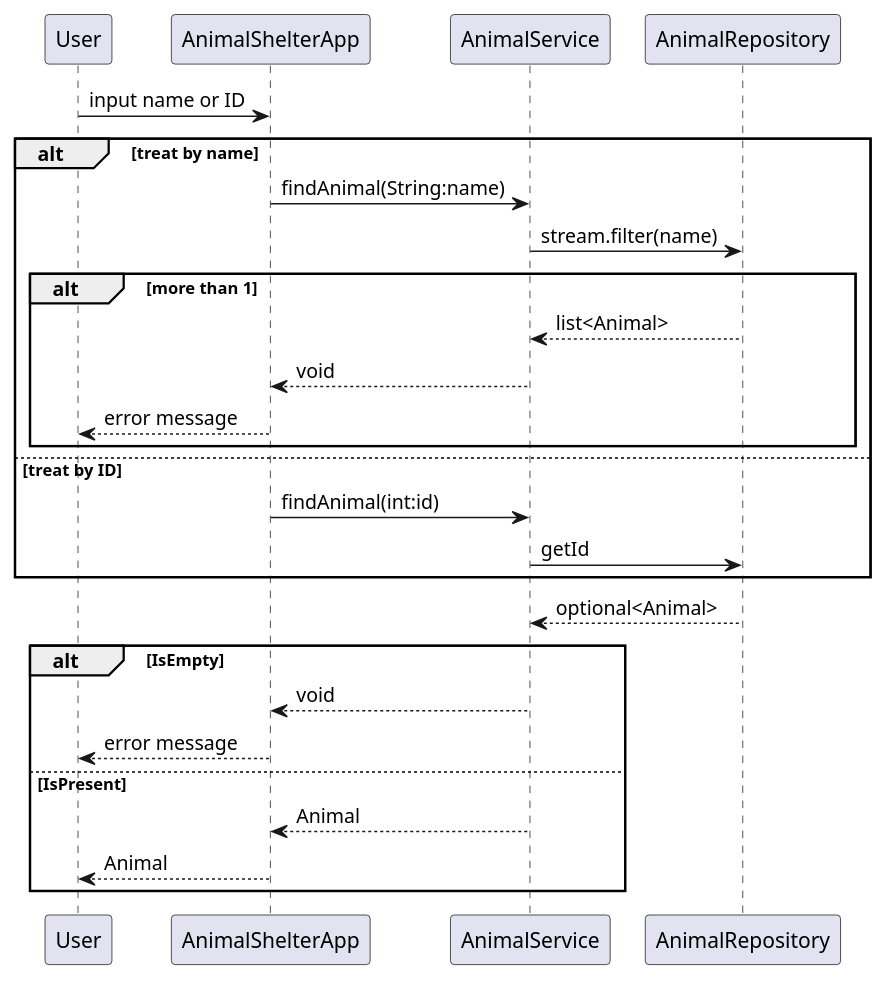
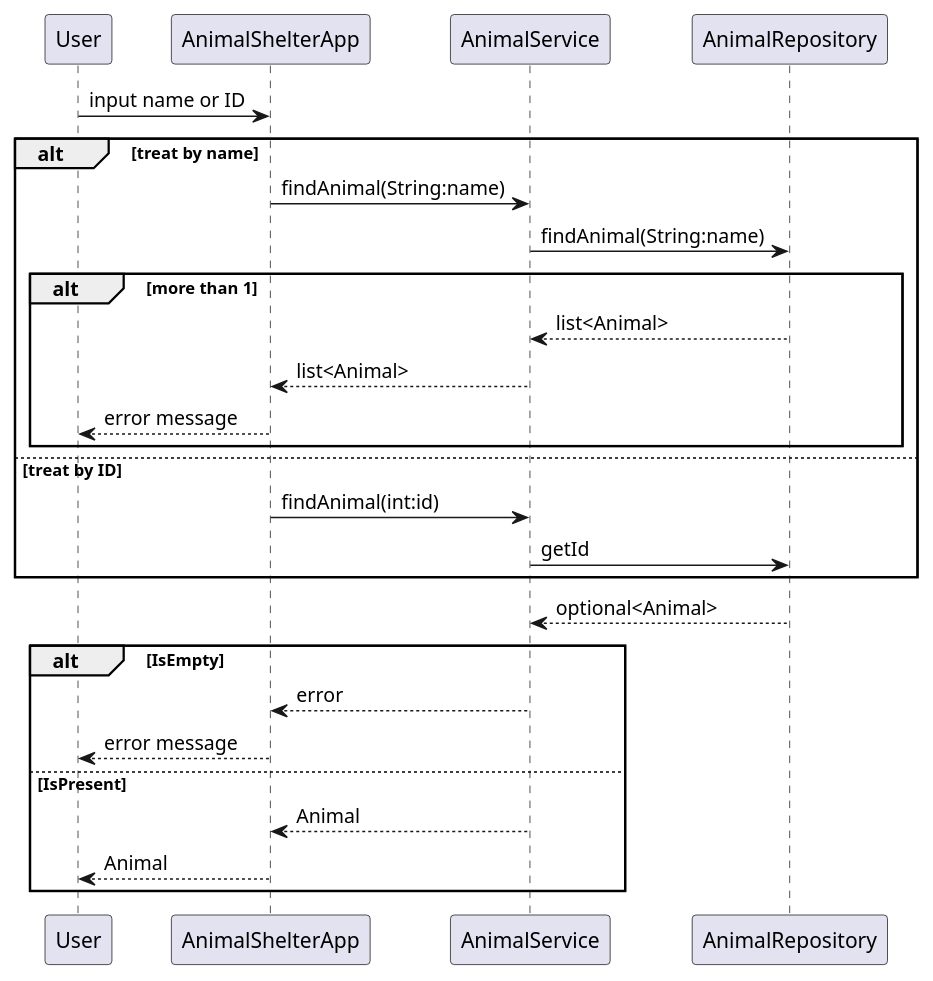
One commit to Hanagami3/Vaccination-Maxime changed the diagram in analysis/findAnimal/sequence_findAnimal.puml. Above: the diagram before and after it, drawn with PlantUML. The commit also changed 24 other files, not shown here.

```diff
--- a/analysis/findAnimal/sequence_findAnimal.puml
+++ b/analysis/findAnimal/sequence_findAnimal.puml
@@ -1,29 +1,29 @@
 @startuml
 
 User -> AnimalShelterApp : input name or ID
 
 alt treat by name
 AnimalShelterApp -> AnimalService : findAnimal(String:name)
-AnimalService -> AnimalRepository : stream.filter(name)
+AnimalService -> AnimalRepository : findAnimal(String:name)
 
 alt more than 1
 AnimalService <-- AnimalRepository : list<Animal>
-AnimalShelterApp <-- AnimalService : void
+AnimalShelterApp <-- AnimalService : list<Animal>
 User <-- AnimalShelterApp : error message
 end
 
 else treat by ID
 AnimalShelterApp -> AnimalService : findAnimal(int:id)
 AnimalService -> AnimalRepository : getId
 end
 
 AnimalService <-- AnimalRepository : optional<Animal>
 
 alt IsEmpty
-AnimalShelterApp <-- AnimalService : void
+AnimalShelterApp <-- AnimalService : error
 User <-- AnimalShelterApp : error message
 else IsPresent
 AnimalShelterApp <-- AnimalService : Animal
 User <-- AnimalShelterApp : Animal
 end
 @enduml
```
